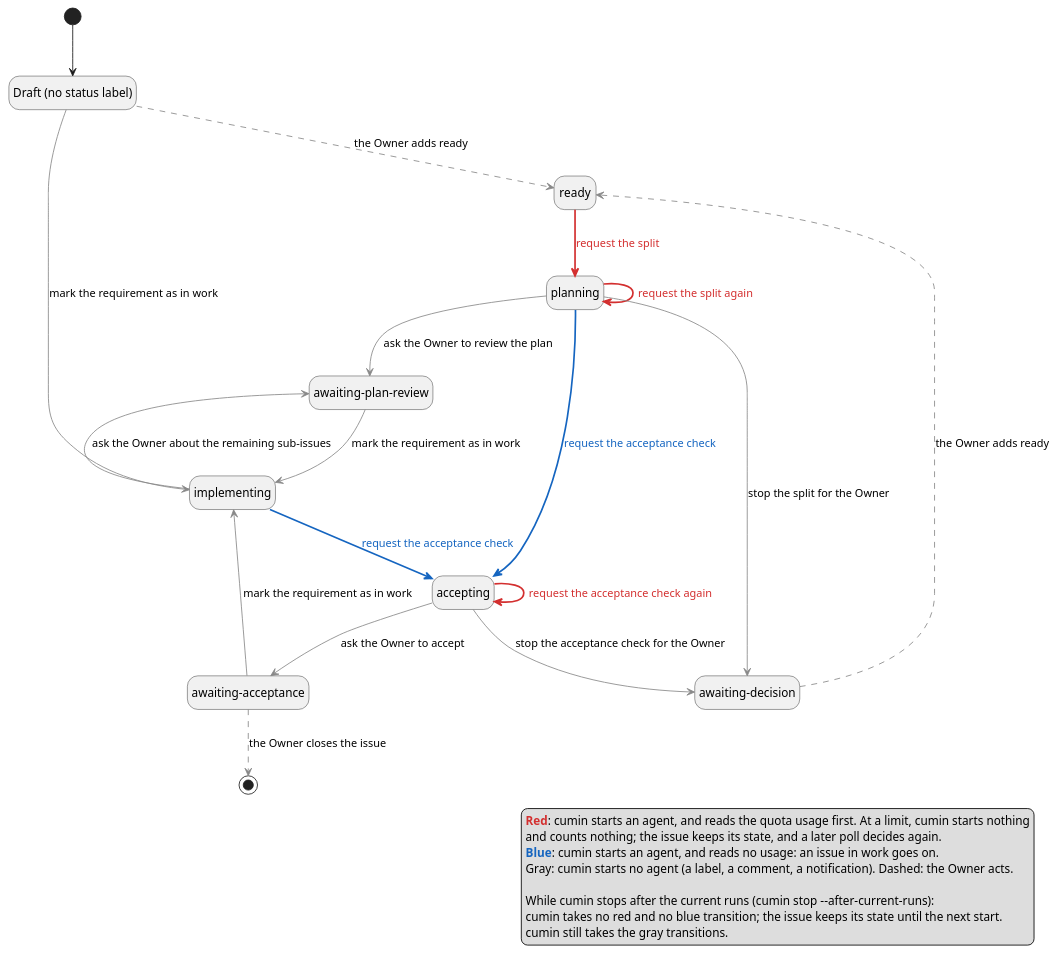
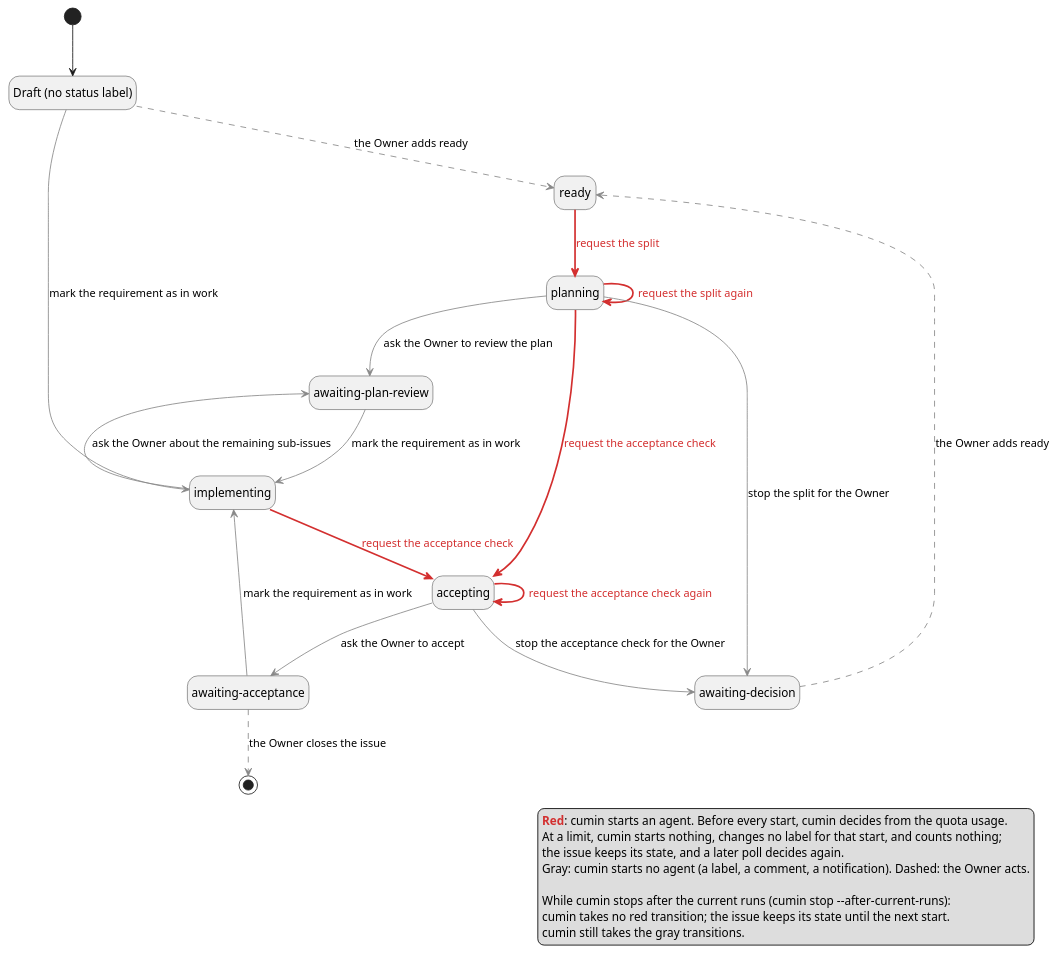
The diagram in docs/ja/requirements/workflow/requirement-issue-agent-starts.puml (cloveclovedev/cumin-works), drawn with PlantUML before and after one commit. The commit also changed 9 other files, not shown here.

First line of the commit message:
docs(requirements): read the quota before every start of an agent (#561)

```diff
--- a/docs/ja/requirements/workflow/requirement-issue-agent-starts.puml
+++ b/docs/ja/requirements/workflow/requirement-issue-agent-starts.puml
@@ -1,47 +1,47 @@
 @startuml requirement-issue-agent-starts
 ' cumin works - states of a requirement issue: which transitions start an agent,
-' which of them read the quota usage first, and what cumin does while it stops after the current runs.
+' they all read the quota usage first, and none is taken while cumin stops after the current runs.
 ' The states and the transitions are the ones of requirement-issue-states.puml; only the names are shown.
 ' Render: run scripts/render-diagrams.sh at the root of the repository.
 
 hide empty description
 
 state "Draft (no status label)" as Draft
 state "ready" as Ready
 state "planning" as Planning
 state "awaiting-plan-review" as PlanReview
 state "implementing" as Implementing
 state "accepting" as Accepting
 state "awaiting-acceptance" as Acceptance
 state "awaiting-decision" as Decision
 
 [*] --> Draft
 Draft -[#888888,dashed]-> Ready : the Owner adds ready
 Draft -[#888888]-> Implementing : mark the requirement as in work
 Ready -[#D32F2F,bold]-> Planning : <color:#D32F2F>request the split</color>
 Planning -[#888888]-> PlanReview : ask the Owner to review the plan
-Planning -[#1565C0,bold]-> Accepting : <color:#1565C0>request the acceptance check</color>
+Planning -[#D32F2F,bold]-> Accepting : <color:#D32F2F>request the acceptance check</color>
 Planning -[#D32F2F,bold]-> Planning : <color:#D32F2F>request the split again</color>
 Planning -[#888888]-> Decision : stop the split for the Owner
 PlanReview -[#888888]-> Implementing : mark the requirement as in work
-Implementing -[#1565C0,bold]-> Accepting : <color:#1565C0>request the acceptance check</color>
+Implementing -[#D32F2F,bold]-> Accepting : <color:#D32F2F>request the acceptance check</color>
 Implementing -[#888888]-> PlanReview : ask the Owner about the remaining sub-issues
 Accepting -[#888888]-> Acceptance : ask the Owner to accept
 Accepting -[#D32F2F,bold]-> Accepting : <color:#D32F2F>request the acceptance check again</color>
 Accepting -[#888888]-> Decision : stop the acceptance check for the Owner
 Acceptance -[#888888]-> Implementing : mark the requirement as in work
 Acceptance -[#888888,dashed]-> [*] : the Owner closes the issue
 Decision -[#888888,dashed]-> Ready : the Owner adds ready
 
 legend right
-  <color:#D32F2F>**Red**</color>: cumin starts an agent, and reads the quota usage first. At a limit, cumin starts nothing
-  and counts nothing; the issue keeps its state, and a later poll decides again.
-  <color:#1565C0>**Blue**</color>: cumin starts an agent, and reads no usage: an issue in work goes on.
+  <color:#D32F2F>**Red**</color>: cumin starts an agent. Before every start, cumin decides from the quota usage.
+  At a limit, cumin starts nothing, changes no label for that start, and counts nothing;
+  the issue keeps its state, and a later poll decides again.
   Gray: cumin starts no agent (a label, a comment, a notification). Dashed: the Owner acts.
 
   While cumin stops after the current runs (cumin stop --after-current-runs):
-  cumin takes no red and no blue transition; the issue keeps its state until the next start.
+  cumin takes no red transition; the issue keeps its state until the next start.
   cumin still takes the gray transitions.
 endlegend
 
 @enduml
```
